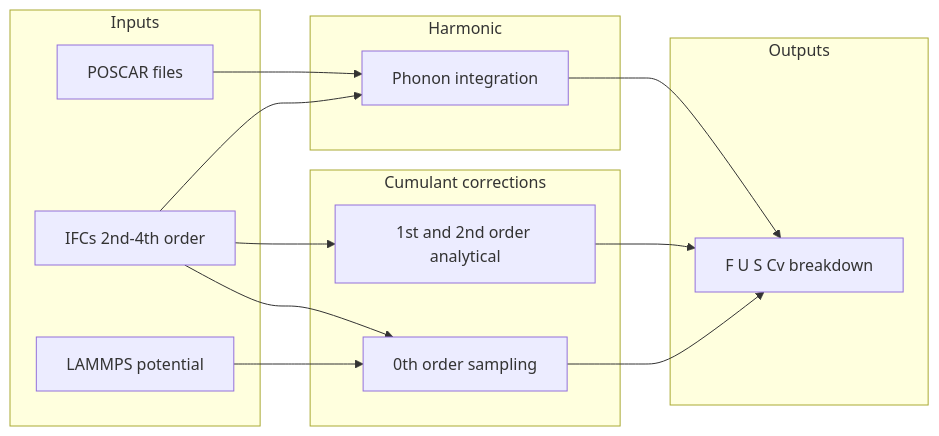
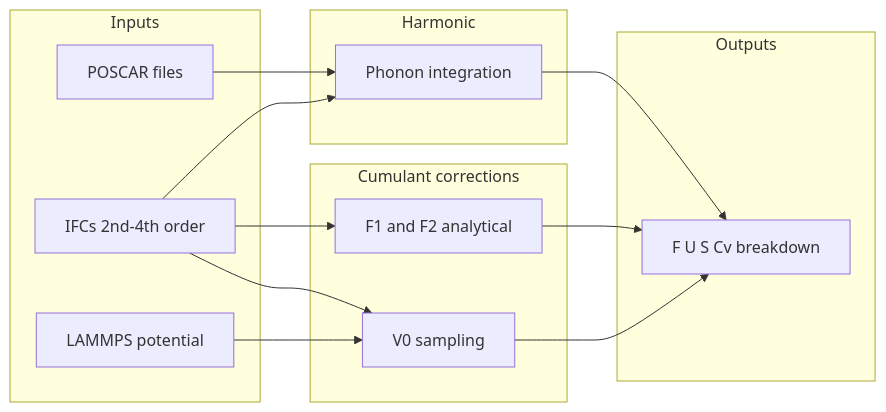
One commit to ejmeitz/CrystalCumulants.jl changed the diagram in docs/src/theory.md. Above: the diagram before and after it, drawn with Mermaid. The commit also changed other lines of this file and 13 other files, not shown here.

````diff
--- a/docs/src/theory.md
+++ b/docs/src/theory.md
@@ -53,26 +258,26 @@
 ```mermaid
 flowchart LR
     subgraph inputs [Inputs]
         POSCAR[POSCAR files]
         IFCs[IFCs 2nd-4th order]
         Pot[LAMMPS potential]
     end
     subgraph harmonic [Harmonic]
         Phonons[Phonon integration]
     end
     subgraph cumulants [Cumulant corrections]
-        Order0["0th order sampling"]
-        Order12["1st and 2nd order analytical"]
+        Order0["V0 sampling"]
+        Order12["F1 and F2 analytical"]
     end
     subgraph outputs [Outputs]
         Files["F U S Cv breakdown"]
     end
     POSCAR --> Phonons
     IFCs --> Phonons
     IFCs --> Order12
     Pot --> Order0
     IFCs --> Order0
     Phonons --> Files
     Order0 --> Files
     Order12 --> Files
 ```
````
